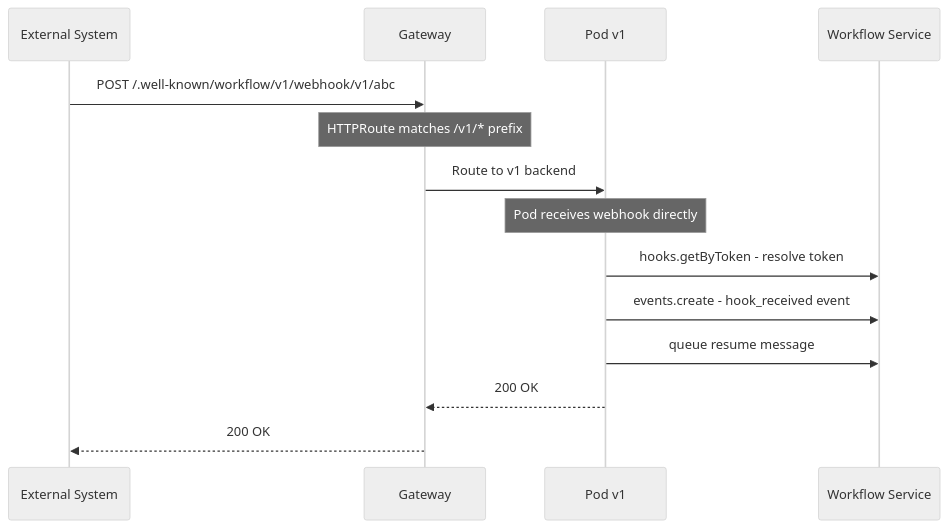
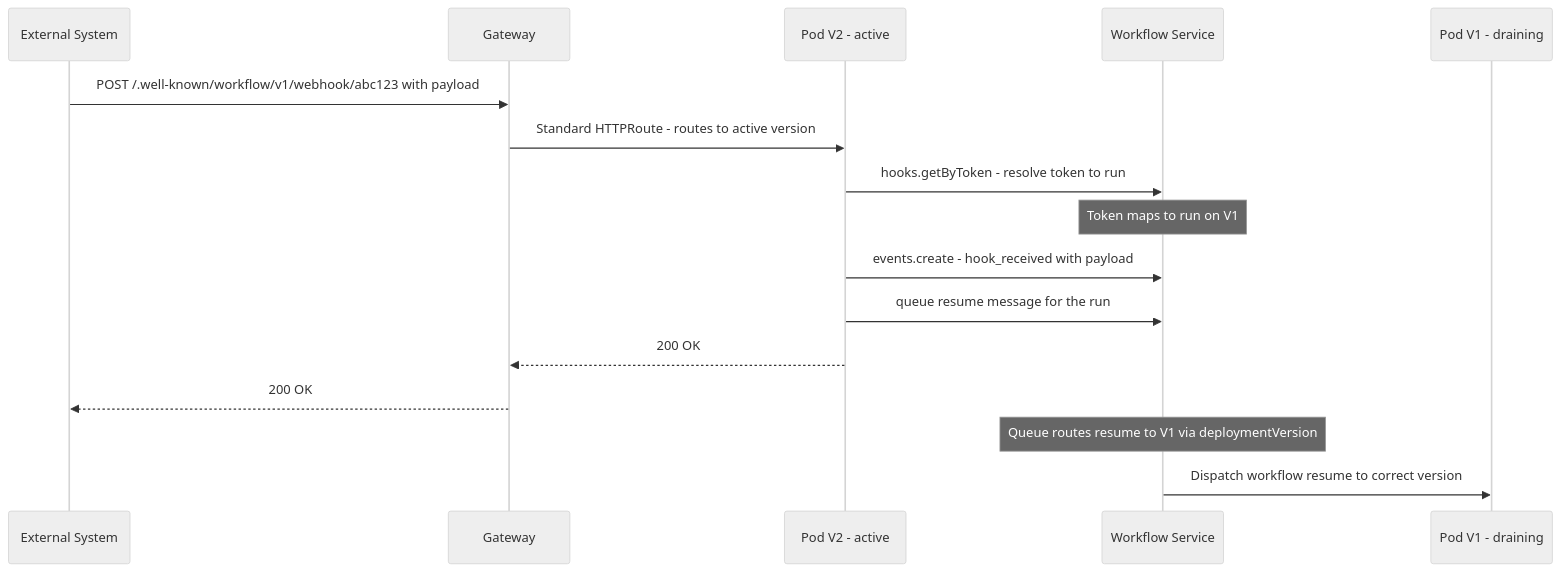
Before and after one commit to platformatic/platformatic-world: the fourth of 5 diagrams in PLATFORMATIC-WORLD-DESIGN.md, drawn with Mermaid (neutral theme). The commit also changed other lines of this file, not shown here.

````diff
--- a/PLATFORMATIC-WORLD-DESIGN.md
+++ b/PLATFORMATIC-WORLD-DESIGN.md
@@ -891,17 +884,19 @@
 ```mermaid
 sequenceDiagram
     participant Ext as External System
     participant GW as Gateway
-    participant Pod as Pod v1
+    participant V2 as Pod V2 - active
     participant WFS as Workflow Service
+    participant V1 as Pod V1 - draining
 
-    Ext->>GW: POST /.well-known/workflow/v1/webhook/v1/abc
-    Note over GW: HTTPRoute matches /v1/* prefix
-    GW->>Pod: Route to v1 backend
-    Note over Pod: Pod receives webhook directly
-    Pod->>WFS: hooks.getByToken - resolve token
-    Pod->>WFS: events.create - hook_received event
-    Pod->>WFS: queue resume message
-    Pod-->>GW: 200 OK
+    Ext->>GW: POST /.well-known/workflow/v1/webhook/abc123 with payload
+    GW->>V2: Standard HTTPRoute - routes to active version
+    V2->>WFS: hooks.getByToken - resolve token to run
+    Note over WFS: Token maps to run on V1
+    V2->>WFS: events.create - hook_received with payload
+    V2->>WFS: queue resume message for the run
+    V2-->>GW: 200 OK
     GW-->>Ext: 200 OK
+    Note over WFS: Queue routes resume to V1 via deploymentVersion
+    WFS->>V1: Dispatch workflow resume to correct version
 ```
````
